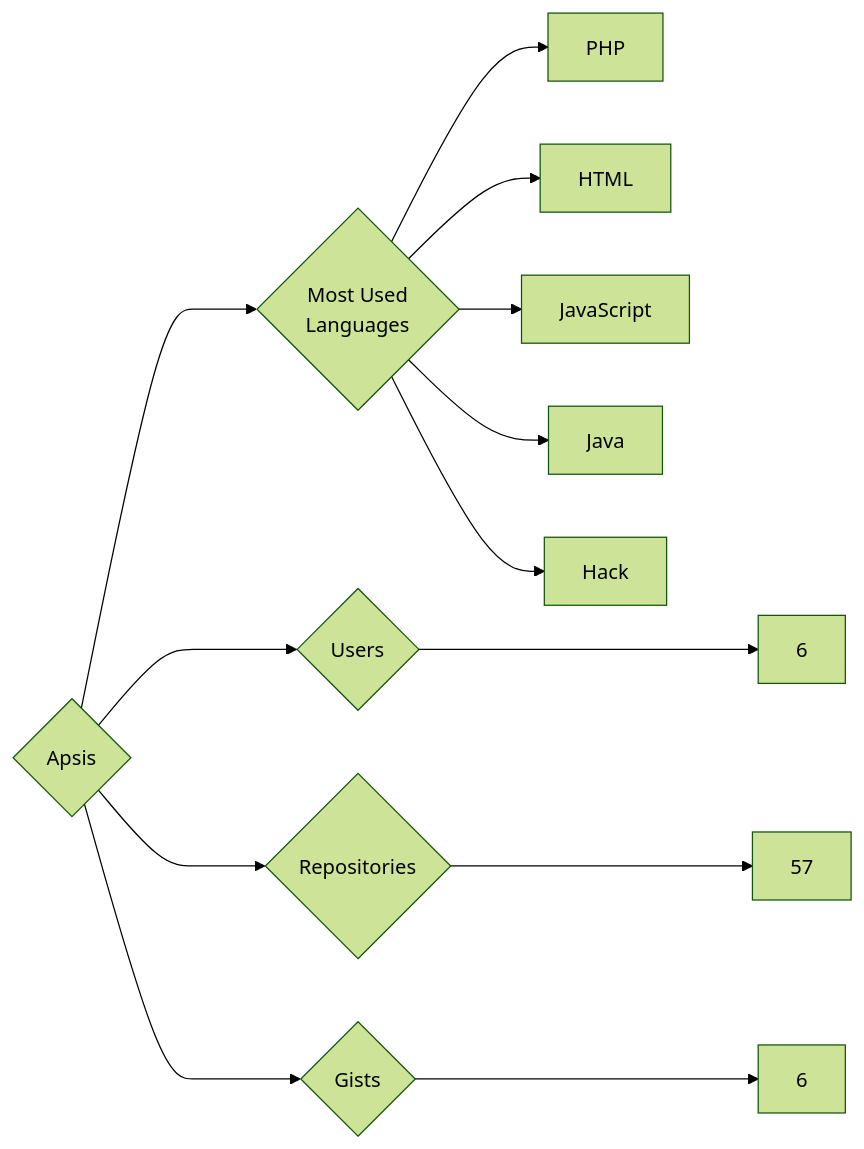
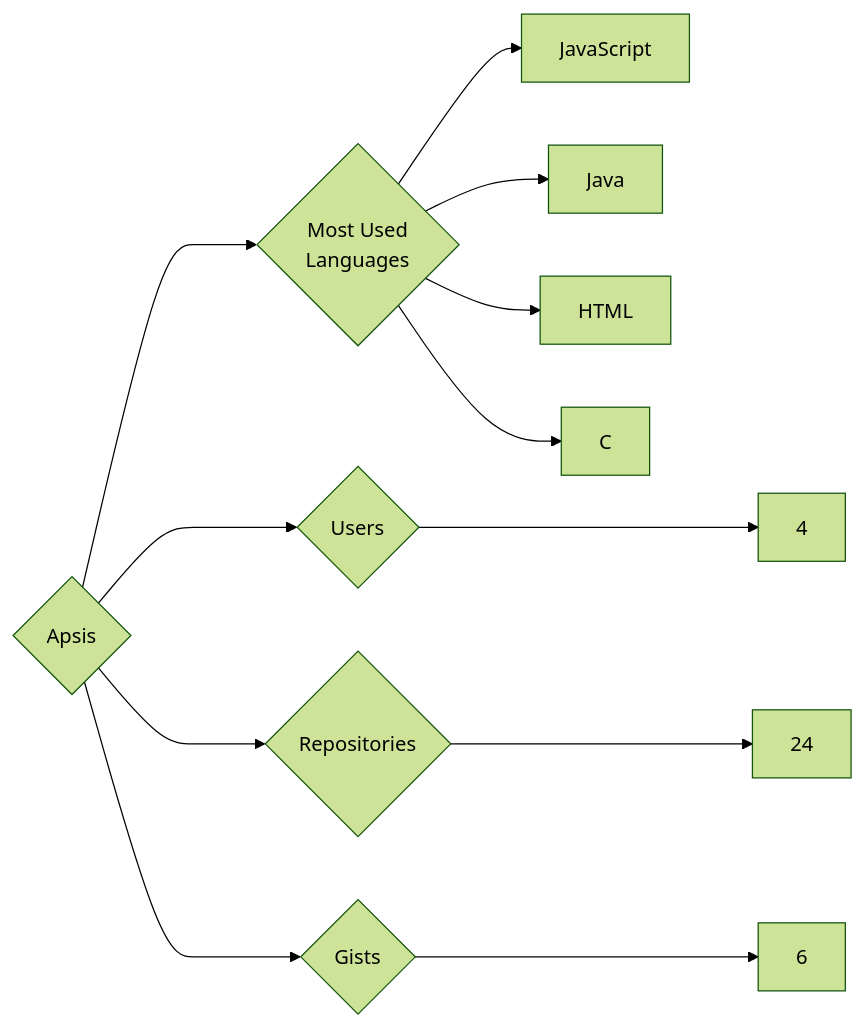
One commit to trickest/insiders changed the diagram in targets/Apsis/README.md. Above: the diagram before and after it, drawn with Mermaid (forest theme). The commit also changed 942 other files, not shown here.

````diff
--- a/targets/Apsis/README.md
+++ b/targets/Apsis/README.md
@@ -3,13 +3,12 @@
 ```mermaid
 graph LR
 COMPANY_NAME{Apsis}
-COMPANY_NAME ---> U{Users} ---> UN[6]
-COMPANY_NAME ---> R{Repositories} ---> RN[57]
+COMPANY_NAME ---> U{Users} ---> UN[4]
+COMPANY_NAME ---> R{Repositories} ---> RN[24]
 COMPANY_NAME ---> G{Gists} ---> GN[6]
 COMPANY_NAME ---> ML{Most Used<br>Languages}
-ML --> PHP[PHP]
-ML --> HTML[HTML]
 ML --> JavaScript[JavaScript]
 ML --> Java[Java]
-ML --> Hack[Hack]
+ML --> HTML[HTML]
+ML --> C[C]
 ```
````
